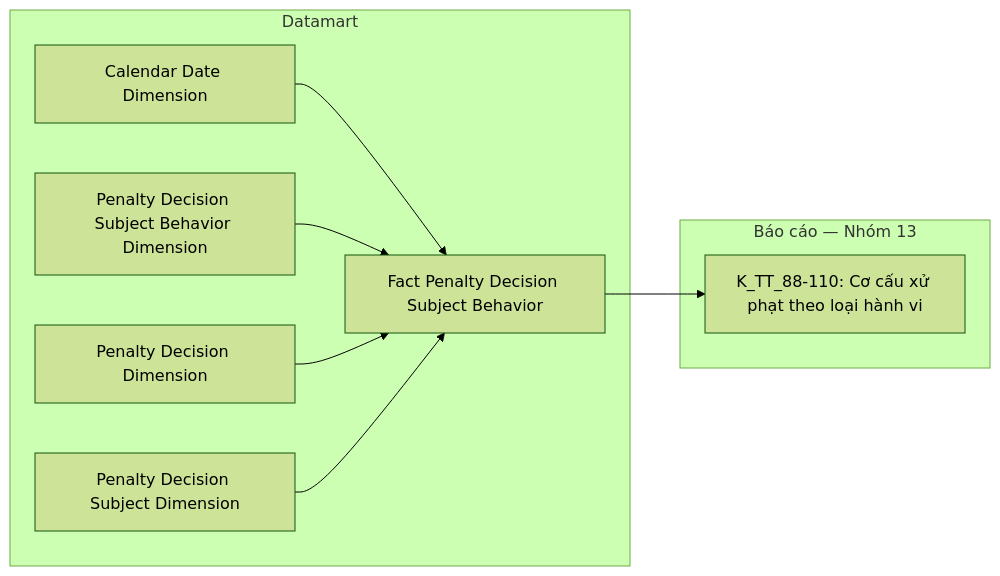
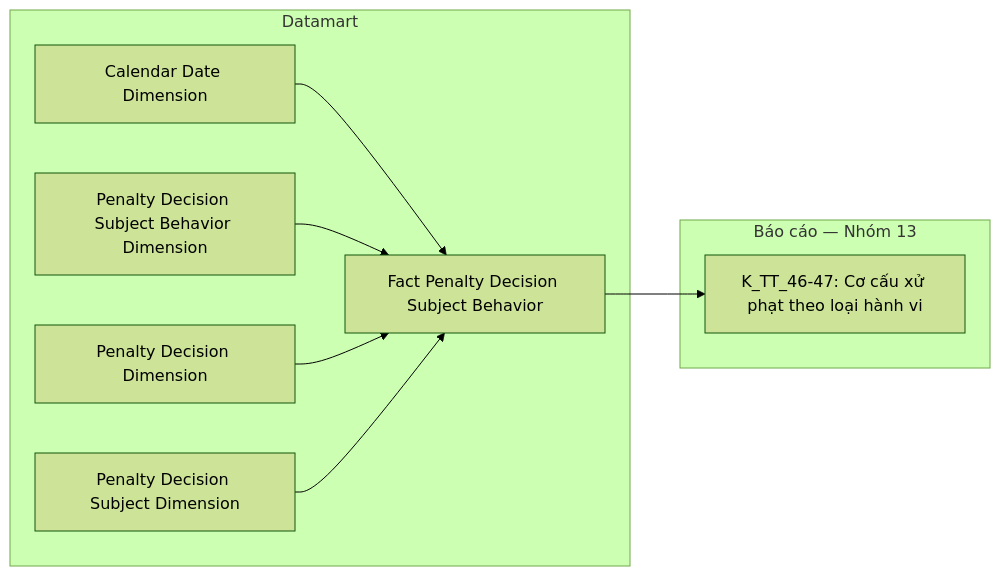
Before and after one commit to linhlvit/ubck_atomic_design: diagram 38 of 50 in Datamart/hld/DTM_TT_HLD.md, drawn with Mermaid (forest theme). The commit also changed other lines of this file and 8 other files, not shown here.

````diff
--- a/Datamart/hld/DTM_TT_HLD.md
+++ b/Datamart/hld/DTM_TT_HLD.md
@@ -1459,18 +1407,18 @@
 ```mermaid
 flowchart LR
     subgraph Datamart["Datamart"]
         G1["Fact Penalty Decision Subject Behavior"]
         G2["Calendar Date Dimension"]
         G3["Penalty Decision Subject Behavior Dimension"]
         G4["Penalty Decision Dimension"]
         G5["Penalty Decision Subject Dimension"]
     end
     subgraph RPT["Báo cáo — Nhóm 13"]
-        R1["K_TT_88-110: Cơ cấu xử phạt theo loại hành vi"]
+        R1["K_TT_46-47: Cơ cấu xử phạt theo loại hành vi"]
     end
     G2 --> G1
     G3 --> G1
     G4 --> G1
     G5 --> G1
     G1 --> R1
 ```
````
